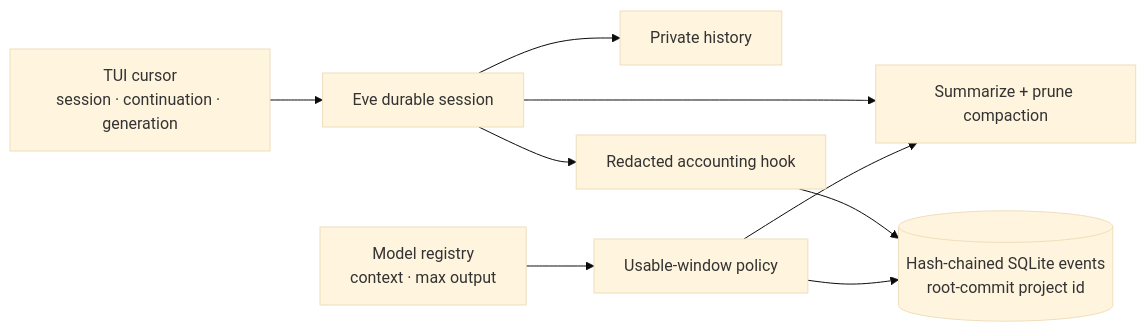
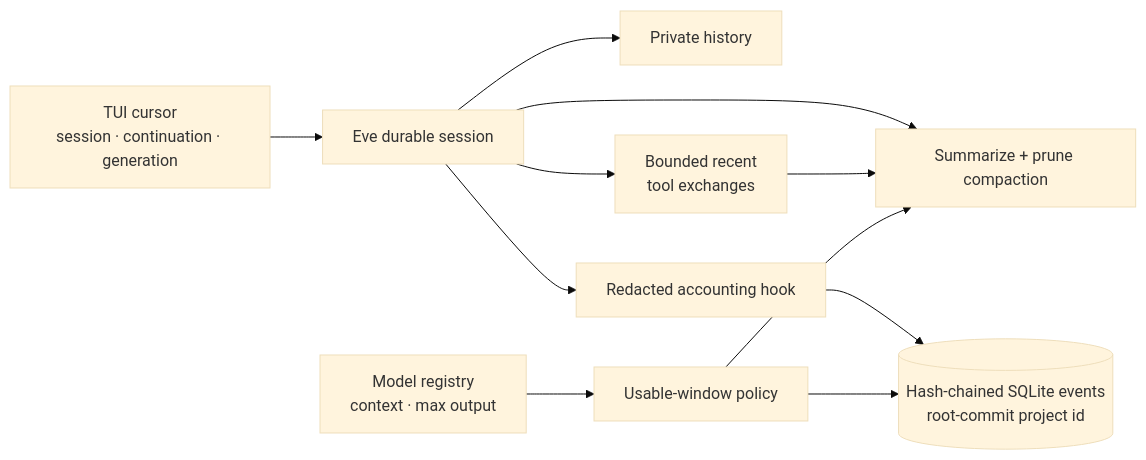
Before and after one commit to Volpestyle/clankie: the first of 2 diagrams in apps/captain-eve/README.md, drawn with Mermaid (base theme). The commit also changed other lines of this file and 11 other files, not shown here.

````diff
--- a/apps/captain-eve/README.md
+++ b/apps/captain-eve/README.md
@@ -47,11 +47,13 @@
 ```mermaid
 flowchart LR
   T[TUI cursor<br/>session · continuation · generation] --> E[Eve durable session]
   E --> H[Private history]
+  E --> P[Bounded recent<br/>tool exchanges]
   E --> C[Summarize + prune compaction]
+  P --> C
   E --> K[Redacted accounting hook]
   K --> S[(Hash-chained SQLite events<br/>root-commit project id)]
   R[Model registry<br/>context · max output] --> B[Usable-window policy]
   B --> C
   B --> S
 ```
````
